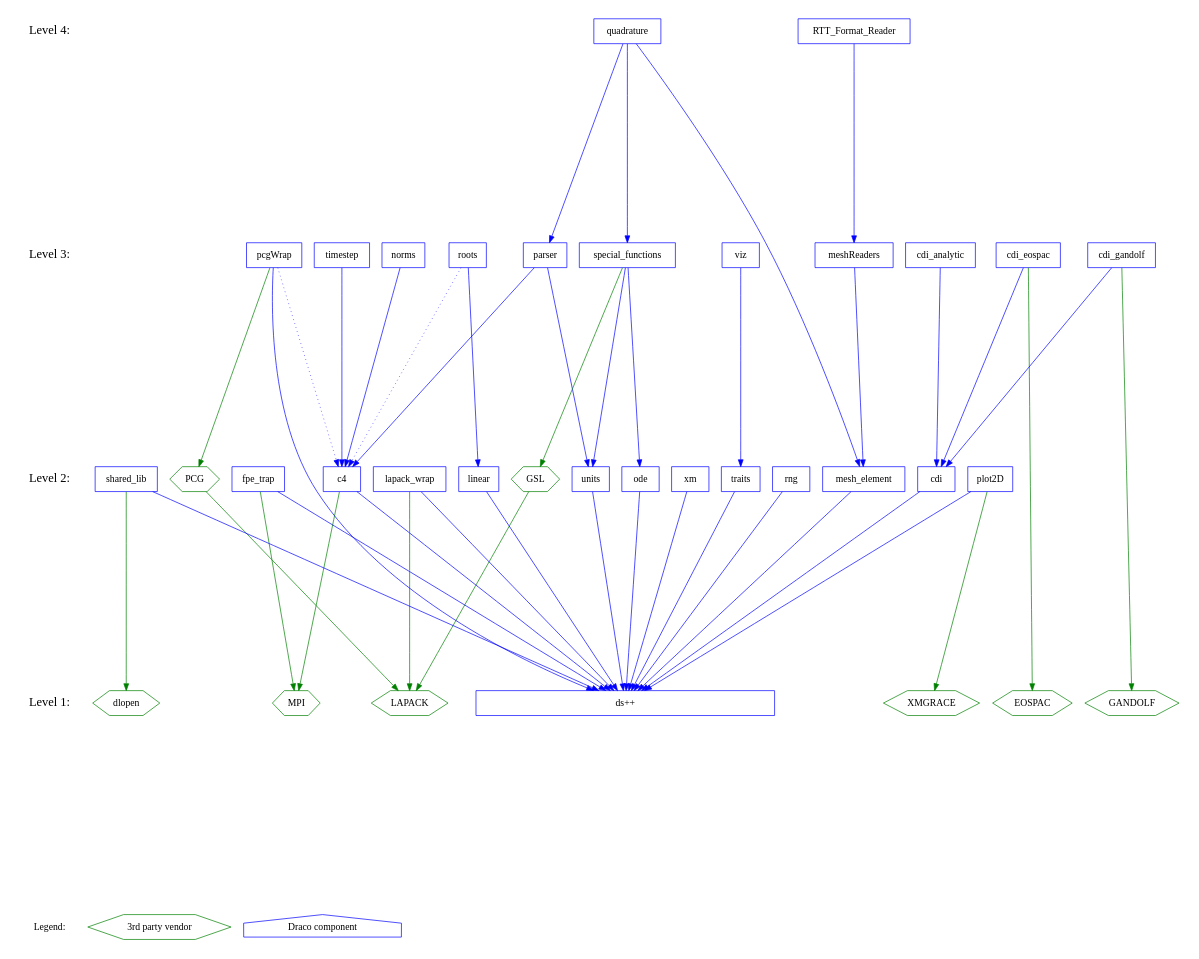
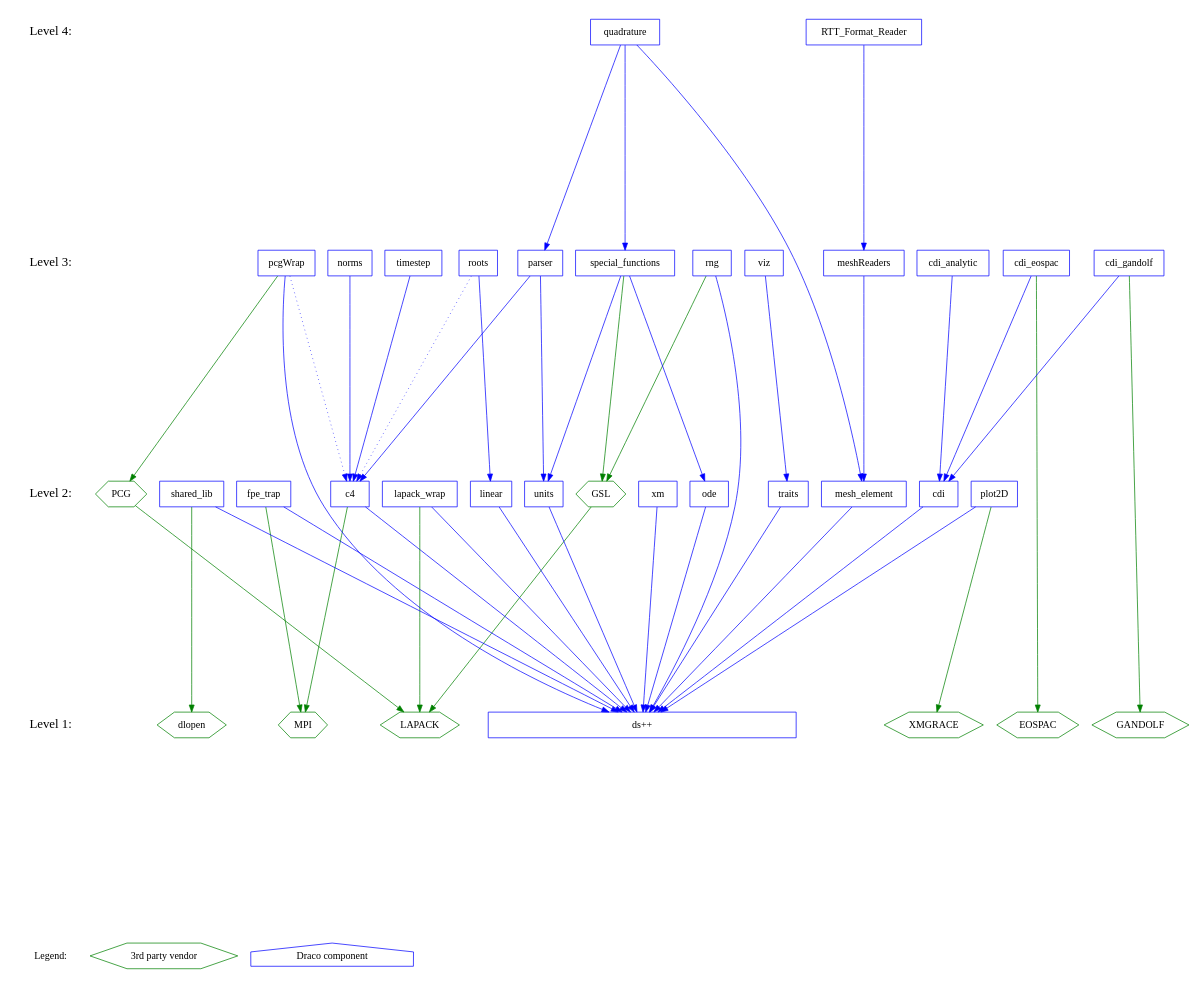
The diagram in doc/design/level.dot (losalamos/Draco), drawn with Graphviz before and after one commit.

Commit message:
+ Show that rng -> gsl.

```diff
--- a/doc/design/level.dot
+++ b/doc/design/level.dot
@@ -1,129 +1,130 @@
 digraph draco_level {
     /* graph attributes */
     center=1;
     size="7.5,10";
     ranksep=4;
     
     /* levels */
     legend [shape=plaintext, label="Legend:", fontsize=14];
     level1 [shape=plaintext, label="Level 1:", fontsize=18];
     level2 [shape=plaintext, label="Level 2:", fontsize=18];
     level3 [shape=plaintext, label="Level 3:", fontsize=18];
     level4 [shape=plaintext, label="Level 4:", fontsize=18];
 /*     level5 [shape=plaintext, label="Level 5:", fontsize=18]; */
 /*    level6 [shape=plaintext, label="Level 6:", fontsize=18]; */
     
     /* level6 -> level5 -> */
     level4 -> level3 -> level2 -> level1 -> legend [style=invis];
     
     /* packages */
 
     /* legend */
     leg_vendor [shape=box, label="3rd party vendor", color=green, shape=hexagon];
     leg_draco  [shape=box, label="Draco component",  color=blue,  shape=house ];
 
     /* level 1 */
     vdlopen    [shape=hexagon, color=green, label="dlopen"];
     veospac    [shape=hexagon, color=green, label="EOSPAC"];
     vgandolf   [shape=hexagon, color=green, label="GANDOLF"];
     vgrace     [shape=hexagon, color=green, label="XMGRACE"];
     vlapack    [shape=hexagon, color=green, label="LAPACK"];
     vmpi       [shape=hexagon, color=green, label="MPI"];
         
     dsxx [shape=box, color=blue, label="ds++", width=6];
     
     /* level 2 */
     vgsl       [shape=hexagon, color=green, label="GSL"];
     vpcg       [shape=hexagon, color=green, label="PCG"];
 
     c4         [shape=box, color=blue, label="c4"];
     cdi        [shape=box, color=blue, label="cdi"];
     fpetrap    [shape=box, color=blue, label="fpe_trap"];
     lapack     [shape=box, color=blue, label="lapack_wrap"];
     linear     [shape=box, color=blue, label="linear"];
     meshelement [shape=box, color=blue, label="mesh_element"];
     ode        [shape=box, color=blue, label="ode"];
     plot       [shape=box, color=blue, label="plot2D"];
     rng        [shape=box, color=blue, label="rng"];
     shlib      [shape=box, color=blue, label="shared_lib"];
     traits     [shape=box, color=blue, label="traits"];
     units      [shape=box, color=blue, label="units"];
     xm         [shape=box, color=blue, label="xm"];
         
     /* level 3 */
     cdianal   [shape=box, color=blue, label="cdi_analytic"];
     cdieos    [shape=box, color=blue, label="cdi_eospac"];
     cdigan    [shape=box, color=blue, label="cdi_gandolf"];
     meshread  [shape=box, color=blue, label="meshReaders"];
     norms     [shape=box, color=blue, label="norms"];
     parser    [shape=box, color=blue, label="parser"];
     pcg       [shape=box, color=blue, label="pcgWrap"];
     roots     [shape=box, color=blue, label="roots"];
     sf        [shape=box, color=blue, label="special_functions"];
     timestep  [shape=box, color=blue, label="timestep"];
     viz       [shape=box, color=blue, label="viz"];
     
     /* level 4 */
     quad      [shape=box, color=blue, label="quadrature"];
     rttread   [shape=box, color=blue, label="RTT_Format_Reader"];
     
     /* dependencies */
     {rank=same; legend leg_vendor leg_draco};
-    {rank=same; level1 dsxx vlapack vmpi veospac  vgandolf vgrace vdlopen };
-    {rank=same; level2 shlib plot lapack traits xm c4 fpetrap rng units cdi vgsl vpcg};
+    {rank=same; level1 dsxx vlapack vmpi veospac  vgandolf vgrace vdlopen};
+    {rank=same; level2 shlib plot lapack traits xm c4 fpetrap units cdi vpcg ode linear};
     {rank=same; level3 viz timestep cdianal cdieos cdigan pcg meshread parser sf};
     {rank=same; level4 rttread quad};
     
     /* draco packages */
 
     /* NOTE:  hidden dependencies are in comments at the end of each line.
      * For example if a package depends on c4 it implicitly depends on dsxx
      * as well.  The dependency on dsxx is not shown explicitly on the
      * graph. 
     
     /* level 2 */
     c4          -> {dsxx}        [color=blue];
-    c4          -> {vmpi}        [color="green"];
+    c4          -> {vmpi}        [color=green];
     cdi         -> {dsxx}        [color=blue];
     fpetrap     -> {dsxx}        [color=blue];
-    fpetrap     -> {vmpi}        [color="green"];
+    fpetrap     -> {vmpi}        [color=green];
     lapack      -> {dsxx}        [color=blue];
-    lapack      -> {vlapack}     [color="green"];
+    lapack      -> {vlapack}     [color=green];
     linear      -> {dsxx}        [color=blue];
     meshelement -> {dsxx}        [color=blue];
     ode         -> {dsxx}        [color=blue];
     plot        -> {dsxx}        [color=blue];
-    plot        -> {vgrace}      [color="green"];
+    plot        -> {vgrace}      [color=green];
     rng         -> {dsxx}        [color=blue];
+    rng         -> {vgsl}        [color=green];
     shlib       -> {dsxx}        [color=blue];
-    shlib       -> {vdlopen}     [color="green"];
+    shlib       -> {vdlopen}     [color=green];
     traits      -> {dsxx}        [color=blue];
     units       -> {dsxx}        [color=blue];
-    vgsl        -> {vlapack}     [color="green"];
-    vpcg        -> {vlapack}     [color="green"];
+    vgsl        -> {vlapack}     [color=green];
+    vpcg        -> {vlapack}     [color=green];
     xm          -> {dsxx}        [color=blue];
     
     /* level 3 */
     cdianal     -> {cdi}         [color=blue];
     cdieos      -> {cdi}         [color=blue];
-    cdieos      -> {veospac}     [color="green"]; 
+    cdieos      -> {veospac}     [color=green]; 
     cdigan      -> {cdi}         [color=blue]; 
-    cdigan      -> {vgandolf}    [color="green"];
+    cdigan      -> {vgandolf}    [color=green];
     meshread    -> {meshelement} [color=blue];
     norms       -> {c4}          [color=blue];
     parser      -> {c4 units}    [color=blue];
-    pcg         -> {c4}          [color="blue" style=dotted];
+    pcg         -> {c4}          [color=blue style=dotted];
     pcg         -> {dsxx}        [color=blue];
-    pcg         -> {vpcg}        [color="green"];
-    roots       -> {linear}      [color="blue"];
-    roots       -> {c4}          [color="blue", style=dotted];
+    pcg         -> {vpcg}        [color=green];
+    roots       -> {linear}      [color=blue];
+    roots       -> {c4}          [color=blue, style=dotted];
     sf          -> {units ode}   [color=blue];
-    sf          -> {vgsl}        [color="green"];
+    sf          -> {vgsl}        [color=green];
     timestep    -> {c4}          [color=blue];
     viz         -> {traits}      [color=blue];
 
     /* level 4 */
     quad        -> {sf meshelement parser} [color=blue];
     rttread     -> {meshread}              [color=blue];
 
 }
```
